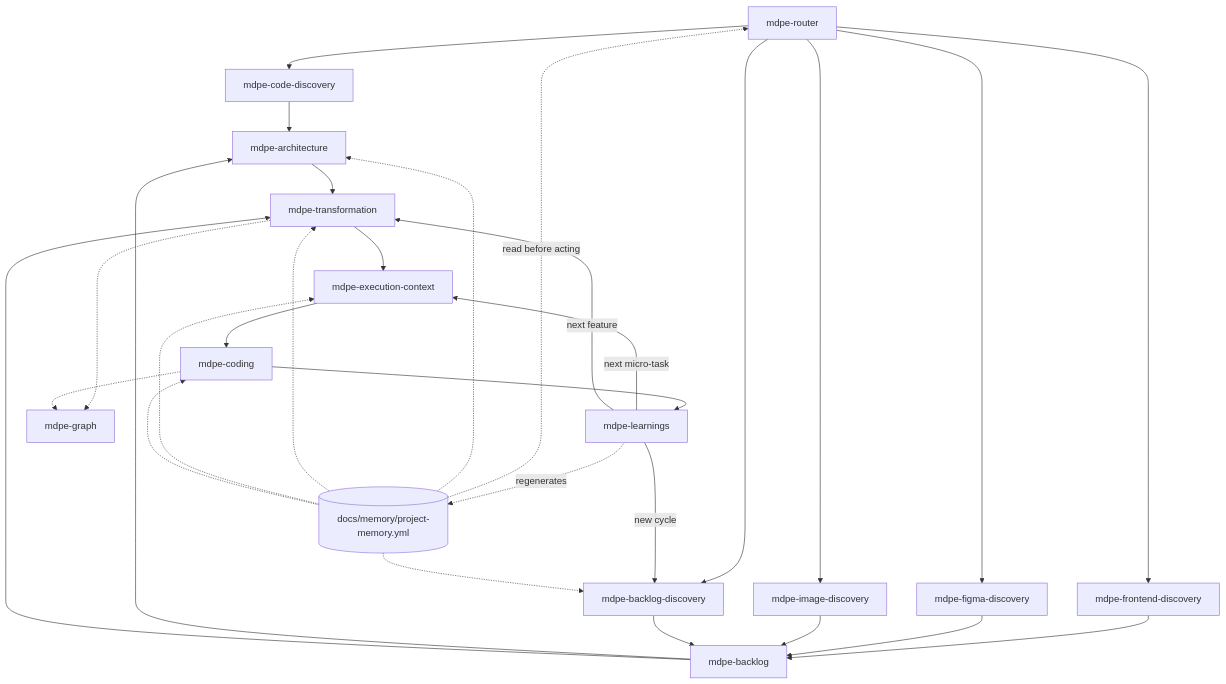
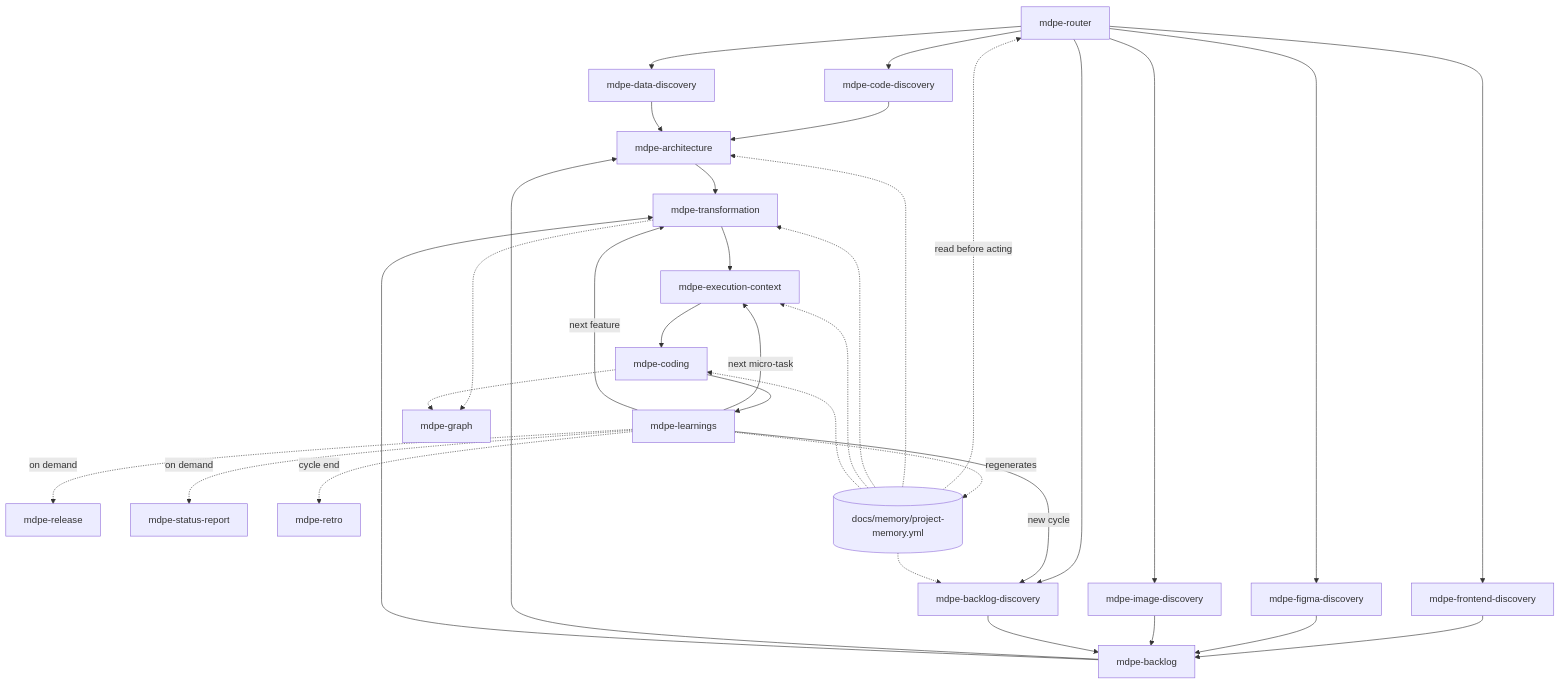
The first of 2 diagrams in docs/mdpe-flow.md (kallebelins/mdpe-skills), drawn with Mermaid before and after one commit. The commit also changed other lines of this file and 18 other files, not shown here.

First line of the commit message:
feat(mdpe): add release, status-report, and retro skills; expand discovery to data

````diff
--- a/docs/mdpe-flow.md
+++ b/docs/mdpe-flow.md
@@ -11,31 +16,36 @@
 ```mermaid
 graph TD
     R[mdpe-router] --> CF[mdpe-code-discovery]
+    R --> DD[mdpe-data-discovery]
     R --> FD[mdpe-frontend-discovery]
     R --> FG[mdpe-figma-discovery]
     R --> IM[mdpe-image-discovery]
     R --> D[mdpe-backlog-discovery]
     CF --> AR[mdpe-architecture]
+    DD --> AR
     FD --> B[mdpe-backlog]
     FG --> B
     IM --> B
     D --> B
     B --> AR
     AR --> T[mdpe-transformation]
     B --> T
     T --> EC[mdpe-execution-context]
     EC --> C[mdpe-coding]
     C --> L[mdpe-learnings]
     L -->|next micro-task| EC
     L -->|next feature| T
     L -->|new cycle| D
     T -.-> GR[mdpe-graph]
     C -.-> GR
+    L -.on demand.-> RL[mdpe-release]
+    L -.on demand.-> SR[mdpe-status-report]
+    L -.cycle end.-> RT[mdpe-retro]
     L -.regenerates.-> M[(docs/memory/project-memory.yml)]
     M -.read before acting.-> R
     M -.-> D
     M -.-> AR
     M -.-> T
     M -.-> EC
     M -.-> C
 ```
````
